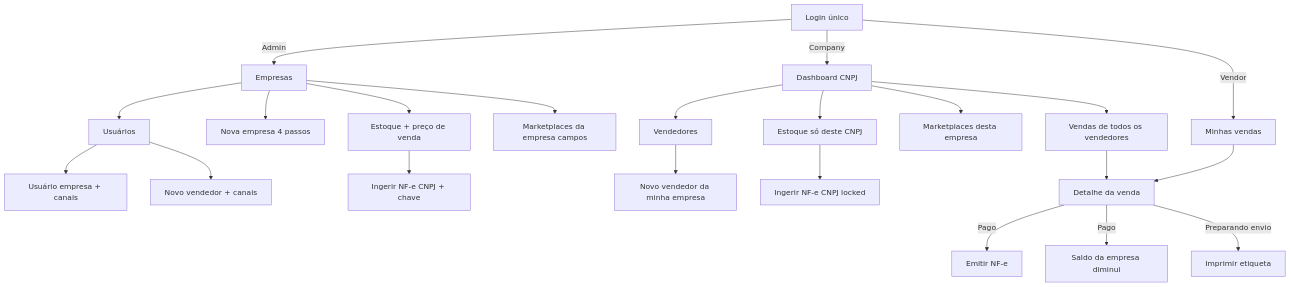
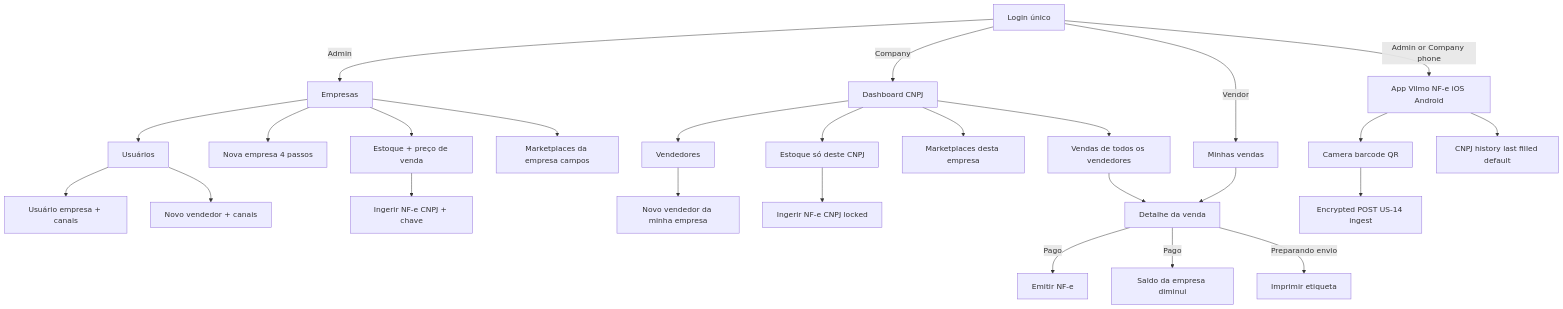
The first of 2 diagrams in MD/WIREFRAMES.md (andrevilmo/VilmoMarketingEngine), drawn with Mermaid before and after one commit. The commit also changed other lines of this file and 9 other files, not shown here.

First line of the commit message:
docs: plan iOS/Android NF-e scanner with encrypted ingest (US-16)

````diff
--- a/MD/WIREFRAMES.md
+++ b/MD/WIREFRAMES.md
@@ -25,28 +26,33 @@
 ```mermaid
 flowchart TD
   login[Login único]
   login -->|Admin| empresas[Empresas]
   login -->|Company| dashEmp[Dashboard CNPJ]
   login -->|Vendor| minhasVendas[Minhas vendas]
+  login -->|Admin or Company phone| appNfe[App Vilmo NF-e iOS Android]
 
   empresas --> wizard[Nova empresa 4 passos]
   empresas --> users[Usuários]
   users --> userEmp[Usuário empresa + canais]
   users --> vendorA[Novo vendedor + canais]
   empresas --> mktA[Marketplaces da empresa campos]
   empresas --> estoqueA[Estoque + preço de venda]
   estoqueA --> ingestA[Ingerir NF-e CNPJ + chave]
 
   dashEmp --> vendedores[Vendedores]
   vendedores --> vendorC[Novo vendedor da minha empresa]
   dashEmp --> mktC[Marketplaces desta empresa]
   dashEmp --> estoqueC[Estoque só deste CNPJ]
   estoqueC --> ingestC[Ingerir NF-e CNPJ locked]
   dashEmp --> vendasEmp[Vendas de todos os vendedores]
   vendasEmp --> detalhe[Detalhe da venda]
 
+  appNfe --> scan[Camera barcode QR]
+  appNfe --> cnpjHist[CNPJ history last filled default]
+  scan --> encPost[Encrypted POST US-14 ingest]
+
   minhasVendas --> detalhe
   detalhe -->|Pago| nfe[Emitir NF-e]
   detalhe -->|Pago| stockDown[Saldo da empresa diminui]
   detalhe -->|Preparando envio| etiqueta[Imprimir etiqueta]
 ```
````
